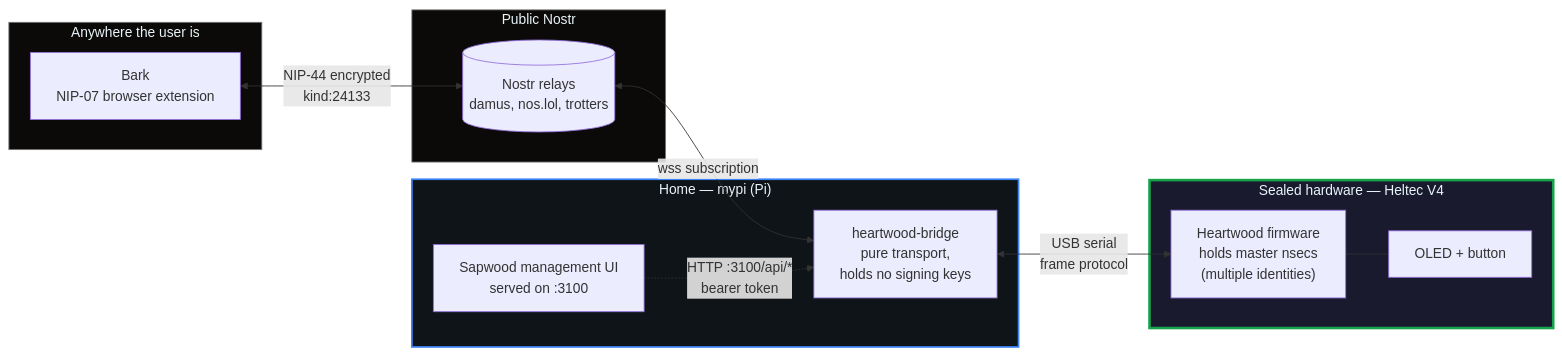
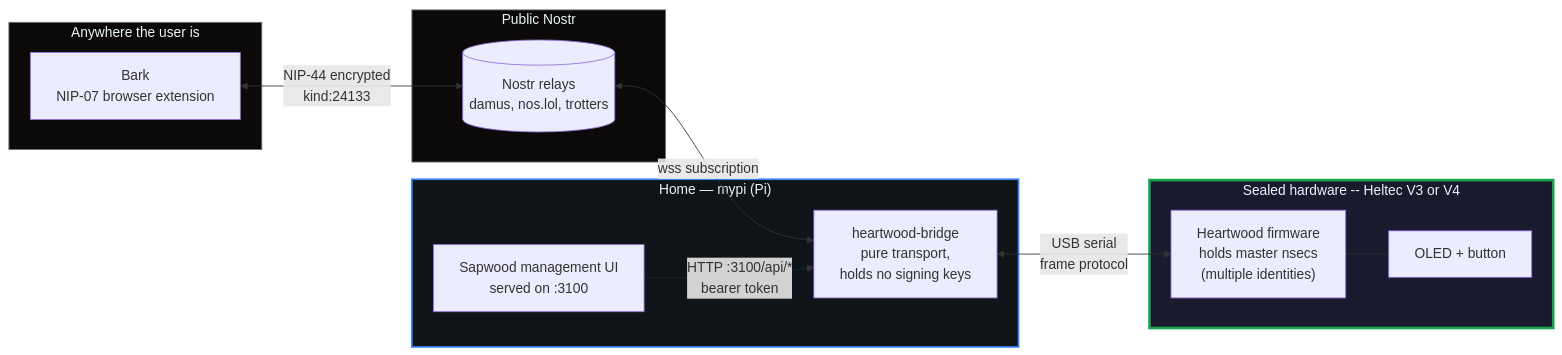
Before and after one commit to forgesworn/heartwood-esp32: the first of 5 diagrams in docs/architecture.md, drawn with Mermaid. The commit also changed other lines of this file and 21 other files, not shown here.

````diff
--- a/docs/architecture.md
+++ b/docs/architecture.md
@@ -10,31 +10,31 @@
 ```mermaid
 flowchart LR
     subgraph Anywhere["Anywhere the user is"]
         Bark["Bark<br/>NIP-07 browser extension"]
     end
 
     subgraph Public["Public Nostr"]
         Relays[("Nostr relays<br/>damus, nos.lol, trotters")]
     end
 
     subgraph Home["Home — mypi (Pi)"]
         Bridge["heartwood-bridge<br/>pure transport,<br/>holds no signing keys"]
         Sapwood["Sapwood management UI<br/>served on :3100"]
     end
 
-    subgraph HSM["Sealed hardware — Heltec V4"]
+    subgraph HSM["Sealed hardware -- Heltec V3 or V4"]
         Firmware["Heartwood firmware<br/>holds master nsecs<br/>(multiple identities)"]
         OLED["OLED + button"]
     end
 
     Bark <-->|"NIP-44 encrypted<br/>kind:24133"| Relays
     Relays <-->|"wss subscription"| Bridge
     Bridge <-->|"USB serial<br/>frame protocol"| Firmware
     Firmware --- OLED
     Sapwood -.->|"HTTP :3100/api/*<br/>bearer token"| Bridge
 
     style HSM fill:#1a1a2e,stroke:#16a34a,stroke-width:3px,color:#e8f4f8
     style Home fill:#0f1419,stroke:#3b82f6,stroke-width:2px,color:#e8f4f8
     style Public fill:#0c0a09,stroke:#737373,color:#e8f4f8
     style Anywhere fill:#0c0a09,stroke:#737373,color:#e8f4f8
 ```
````
